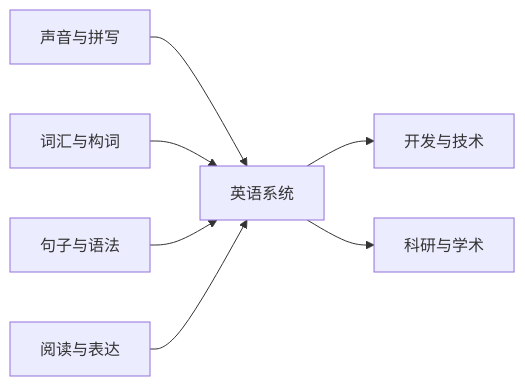
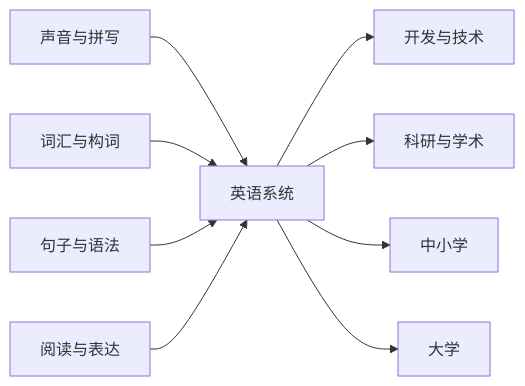
Before and after one commit to xy2401/Lexi: the diagram in public/data/system-courses/_curriculum.md, drawn with Mermaid. The commit also changed other lines of this file and 14 other files, not shown here.

````diff
--- a/public/data/system-courses/_curriculum.md
+++ b/public/data/system-courses/_curriculum.md
@@ -36,9 +36,11 @@
 ```mermaid
 flowchart LR
   A[声音与拼写] --> H[英语系统]
   B[词汇与构词] --> H
   C[句子与语法] --> H
   D[阅读与表达] --> H
   H --> F[开发与技术]
   H --> G[科研与学术]
+  H --> I[中小学]
+  H --> J[大学]
 ```
````
